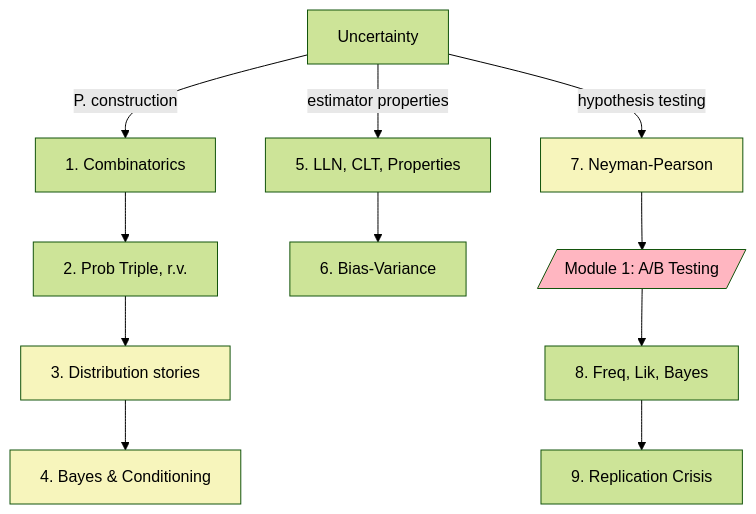
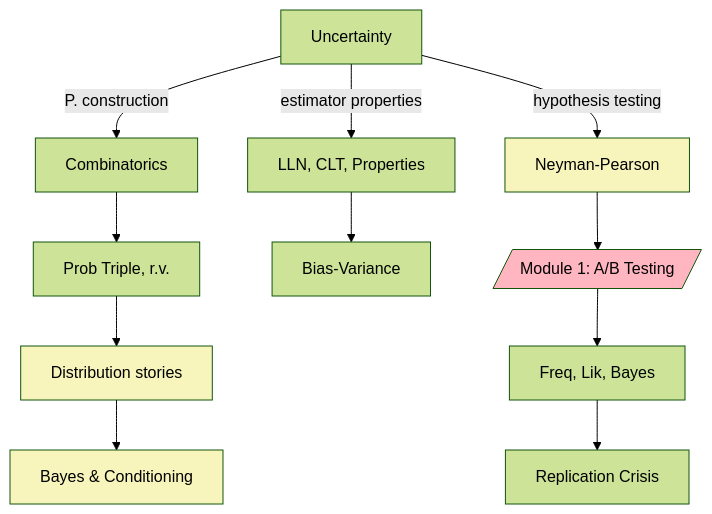
Before and after one commit to Bizovi/decision-making-website: the diagram in course_book/01_fundamentals/prob_study_guide.qmd, drawn with Mermaid (forest theme). The commit also changed 1 other file, not shown here.

Commit message:
Fix mermaid diagrams

````diff
--- a/course_book/01_fundamentals/prob_study_guide.qmd
+++ b/course_book/01_fundamentals/prob_study_guide.qmd
@@ -18,20 +18,20 @@
 ```{mermaid}
 %%| label: fig-mermaid
 %%| fig-width: 9
 %%| fig-cap: |
 %%|   A mind map of lectures grouped by theme so you can navigate the study guide easier. See below all the topics, case-studies, references, and readings for each chapter or lecture.
 
 flowchart TD
 
-    U[Uncertainty] -- P. construction --> Comb[1. Combinatorics] --> PTr[2. Prob Triple, r.v.] --> RV[3. Distribution stories] --> B[4. Bayes & Conditioning]
+    U[Uncertainty] -- P. construction --> Comb[Combinatorics] --> PTr[Prob Triple, r.v.] --> RV[Distribution stories] --> B[Bayes & Conditioning]
 
-    U -- estimator properties --> E[5. LLN, CLT, Properties] --> BV[6. Bias-Variance]
+    U -- estimator properties --> E[LLN, CLT, Properties] --> BV[Bias-Variance]
 
-    U -- hypothesis testing --> NP[7. Neyman-Pearson] --> M1[/Module 1: A/B Testing/] --> Persp[8. Freq, Lik, Bayes] --> RC[9. Replication Crisis]
+    U -- hypothesis testing --> NP[Neyman-Pearson] --> M1[/Module 1: A/B Testing/] --> Persp[Freq, Lik, Bayes] --> RC[Replication Crisis]
 
     style RV fill:#f7f5bc
     style B fill:#f7f5bc
     style NP fill:#f7f5bc
 
     style M1 fill:#ffb6c1
 ```
````
